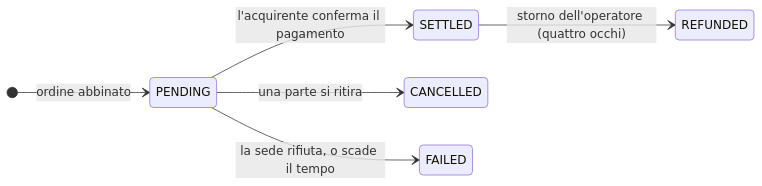
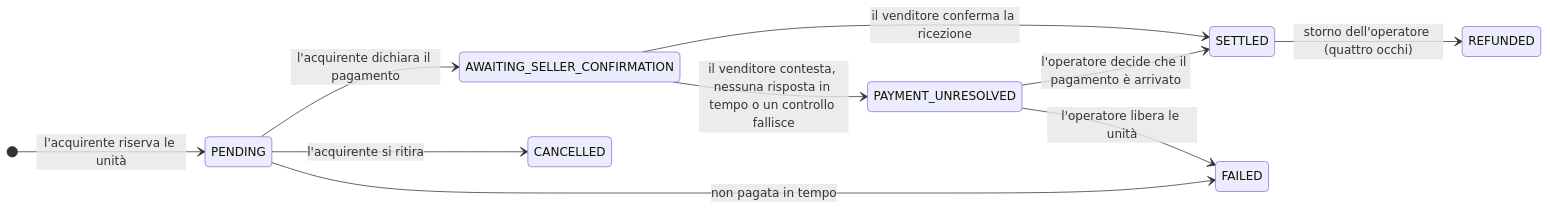
One commit to makibytes/registerwerk changed the diagram in docs/customer/lifecycle/secondary-market.it.md. Above: the diagram before and after it, drawn with Mermaid. The commit also changed other lines of this file and 297 other files, not shown here.

````diff
--- a/docs/customer/lifecycle/secondary-market.it.md
+++ b/docs/customer/lifecycle/secondary-market.it.md
@@ -89,9 +95,13 @@
 ```mermaid
 stateDiagram-v2
     direction LR
-    [*] --> PENDING: ordine abbinato
-    PENDING --> SETTLED: l'acquirente conferma il pagamento
-    PENDING --> CANCELLED: una parte si ritira
-    PENDING --> FAILED: la sede rifiuta, o scade il tempo
+    [*] --> PENDING: l'acquirente riserva le unità
+    PENDING --> AWAITING_SELLER_CONFIRMATION: l'acquirente dichiara il pagamento
+    PENDING --> CANCELLED: l'acquirente si ritira
+    PENDING --> FAILED: non pagata in tempo
+    AWAITING_SELLER_CONFIRMATION --> SETTLED: il venditore conferma la ricezione
+    AWAITING_SELLER_CONFIRMATION --> PAYMENT_UNRESOLVED: il venditore contesta, nessuna risposta in tempo o un controllo fallisce
+    PAYMENT_UNRESOLVED --> SETTLED: l'operatore decide che il pagamento è arrivato
+    PAYMENT_UNRESOLVED --> FAILED: l'operatore libera le unità
     SETTLED --> REFUNDED: storno dell'operatore (quattro occhi)
 ```
````
